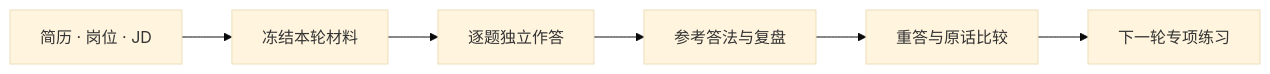
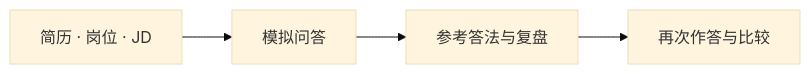
Before and after one commit to xbzz1018/interview-room: the diagram in README.md, drawn with Mermaid (base theme). The commit also changed other lines of this file and 1 other file, not shown here.

````diff
--- a/README.md
+++ b/README.md
@@ -15,8 +23,6 @@
 ```mermaid
 flowchart LR
-  A[简历 · 岗位 · JD] --> B[冻结本轮材料]
-  B --> C[逐题独立作答]
-  C --> D[参考答法与复盘]
-  D --> E[重答与原话比较]
-  E --> F[下一轮专项练习]
+  A[简历 · 岗位 · JD] --> B[模拟问答]
+  B --> C[参考答法与复盘]
+  C --> D[再次作答与比较]
 ```
````
